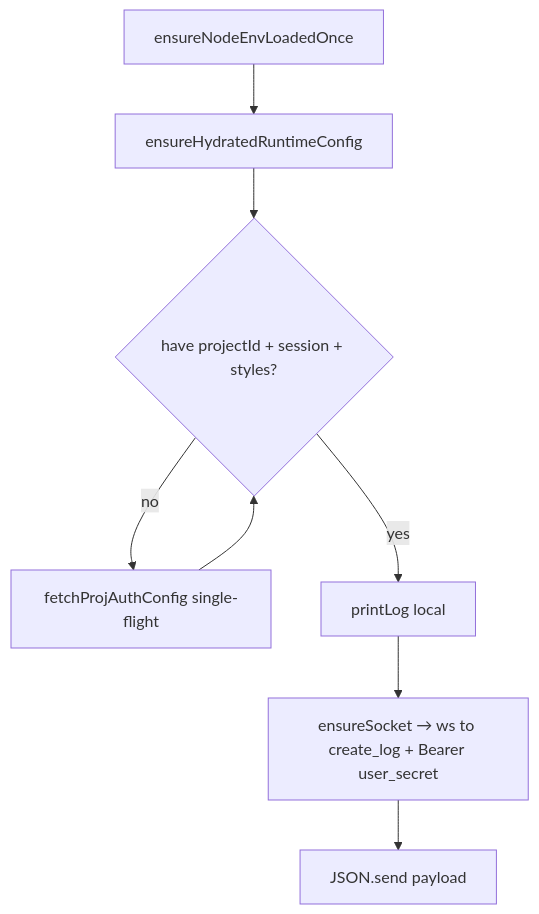
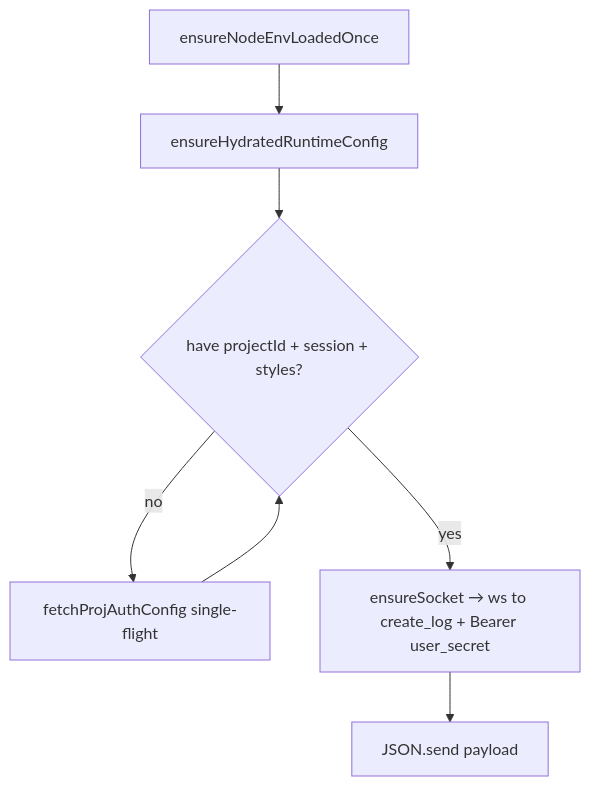
Before and after one commit to Beever-Labs/auralogger-node: the fifth of 6 diagrams in dev-docs/feature-flows.md, drawn with Mermaid. The commit also changed other lines of this file and 17 other files, not shown here.

````diff
--- a/dev-docs/feature-flows.md
+++ b/dev-docs/feature-flows.md
@@ -103,10 +103,9 @@
 ```mermaid
 flowchart TD
   A[ensureNodeEnvLoadedOnce] --> B[ensureHydratedRuntimeConfig]
   B --> C{have projectId + session + styles?}
   C -->|no| D[fetchProjAuthConfig single-flight]
   D --> C
-  C -->|yes| E[printLog local]
-  E --> F[ensureSocket → ws to create_log + Bearer user_secret]
+  C -->|yes| F[ensureSocket → ws to create_log + Bearer user_secret]
   F --> G[JSON.send payload]
 ```
````
